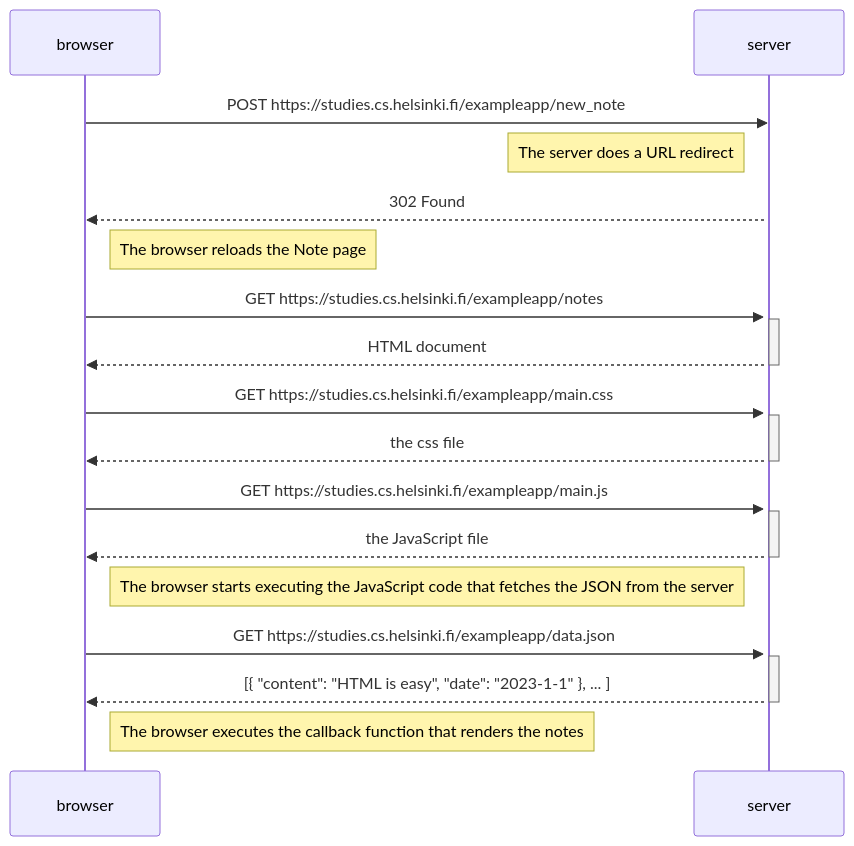
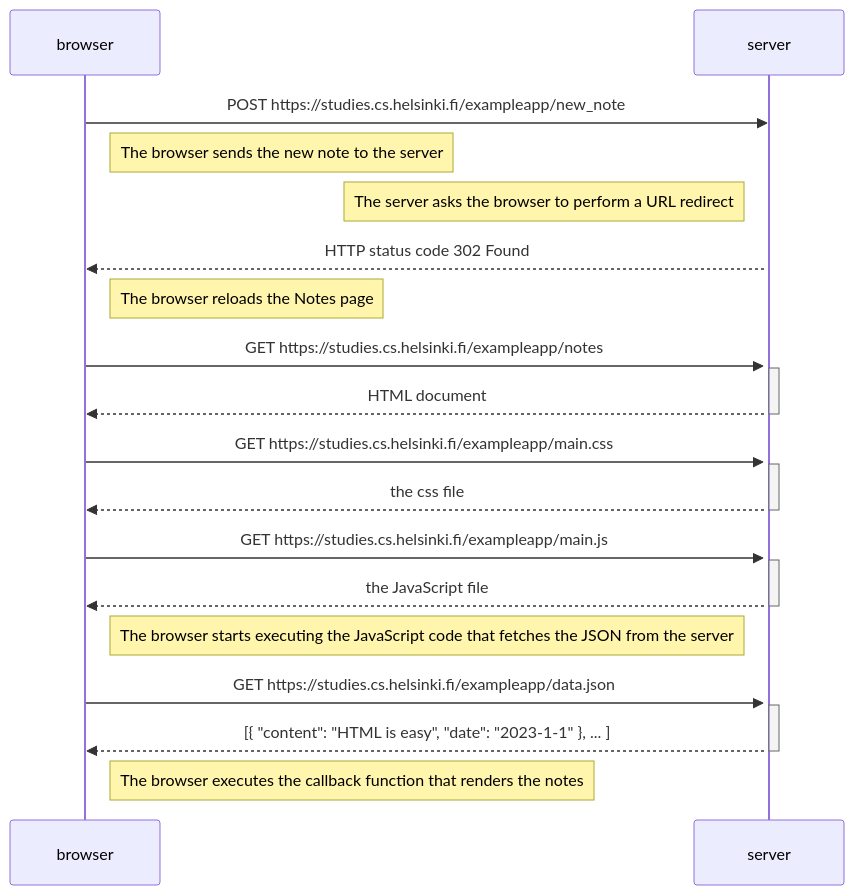
The diagram in part0/0.4-new-note-diagram.md (ningia92/full-stack-open), drawn with Mermaid before and after one commit.

````diff
--- a/part0/0.4-new-note-diagram.md
+++ b/part0/0.4-new-note-diagram.md
@@ -1,35 +1,36 @@
 ```mermaid
   sequenceDiagram
     participant browser
     participant server
 
     browser->>server: POST https://studies.cs.helsinki.fi/exampleapp/new_note
-    Note left of server: The server does a URL redirect
+    Note right of browser: The browser sends the new note to the server
+    Note left of server: The server asks the browser to perform a URL redirect
     activate server
-    server-->>browser: 302 Found
-    Note right of browser: The browser reloads the Note page
+    server-->>browser: HTTP status code 302 Found
+    Note right of browser: The browser reloads the Notes page
 
     browser->>server: GET https://studies.cs.helsinki.fi/exampleapp/notes
     activate server
     server-->>browser: HTML document
     deactivate server
 
     browser->>server: GET https://studies.cs.helsinki.fi/exampleapp/main.css
     activate server
     server-->>browser: the css file
     deactivate server
 
     browser->>server: GET https://studies.cs.helsinki.fi/exampleapp/main.js
     activate server
     server-->>browser: the JavaScript file
     deactivate server
 
     Note right of browser: The browser starts executing the JavaScript code that fetches the JSON from the server
 
     browser->>server: GET https://studies.cs.helsinki.fi/exampleapp/data.json
     activate server
     server-->>browser: [{ "content": "HTML is easy", "date": "2023-1-1" }, ... ]
     deactivate server
 
     Note right of browser: The browser executes the callback function that renders the notes
 ```
````
